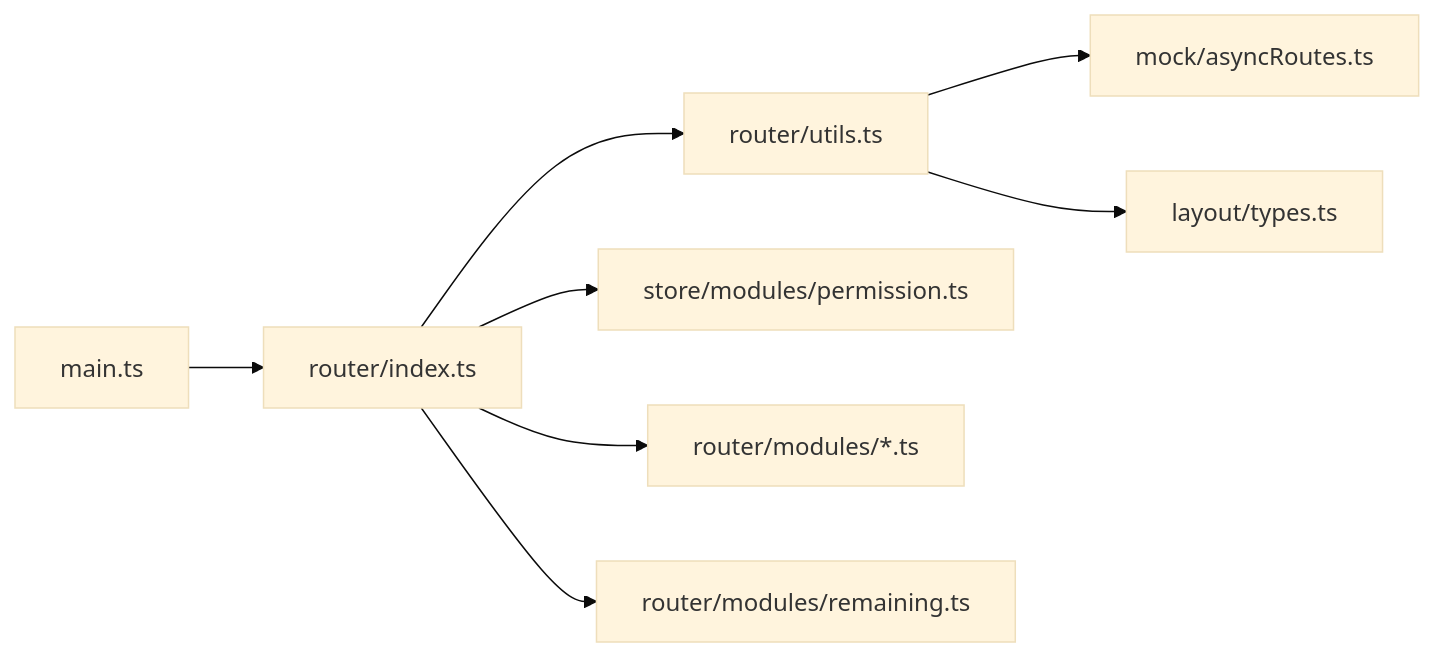
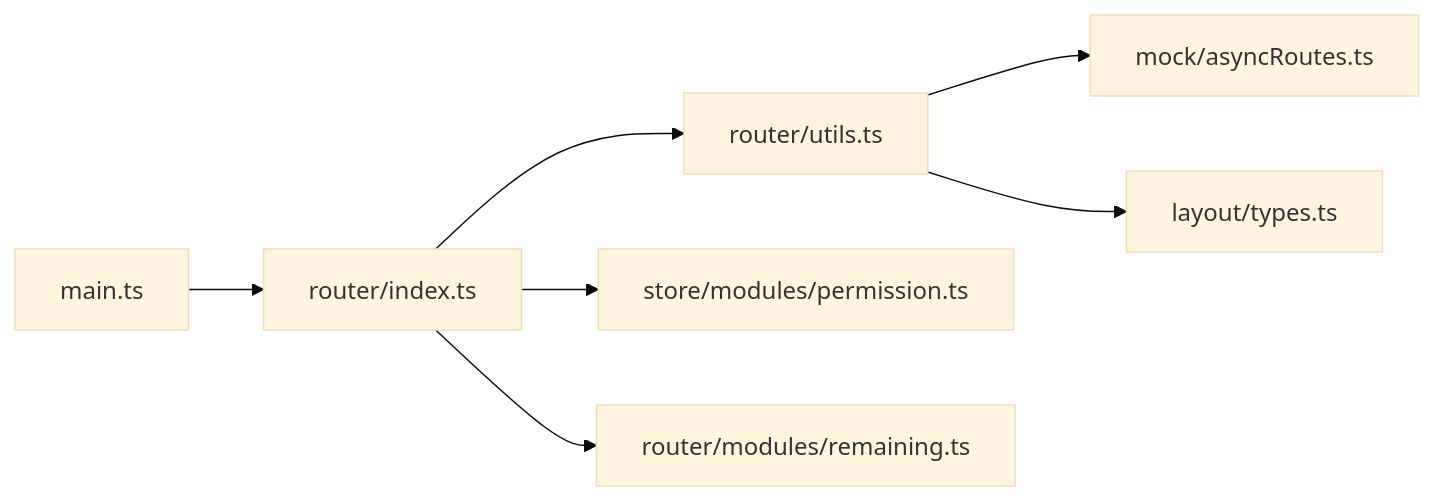
One commit to taoweidong/Hello-FastApi changed the ninth of 9 diagrams in .qoder/repowiki/zh/content/前端架构设计/路由系统.md. Above: the diagram before and after it, drawn with Mermaid (base theme). The commit also changed other lines of this file and 9 other files, not shown here.

````diff
--- a/.qoder/repowiki/zh/content/前端架构设计/路由系统.md
+++ b/.qoder/repowiki/zh/content/前端架构设计/路由系统.md
@@ -312,10 +307,9 @@
 ```mermaid
 graph LR
 main_ts["main.ts"] --> router_index_ts["router/index.ts"]
 router_index_ts --> utils_ts["router/utils.ts"]
 router_index_ts --> permission_ts["store/modules/permission.ts"]
 utils_ts --> async_mock["mock/asyncRoutes.ts"]
-router_index_ts --> modules_ts["router/modules/*.ts"]
 router_index_ts --> remaining_ts["router/modules/remaining.ts"]
 utils_ts --> layout_types_ts["layout/types.ts"]
 ```
````
